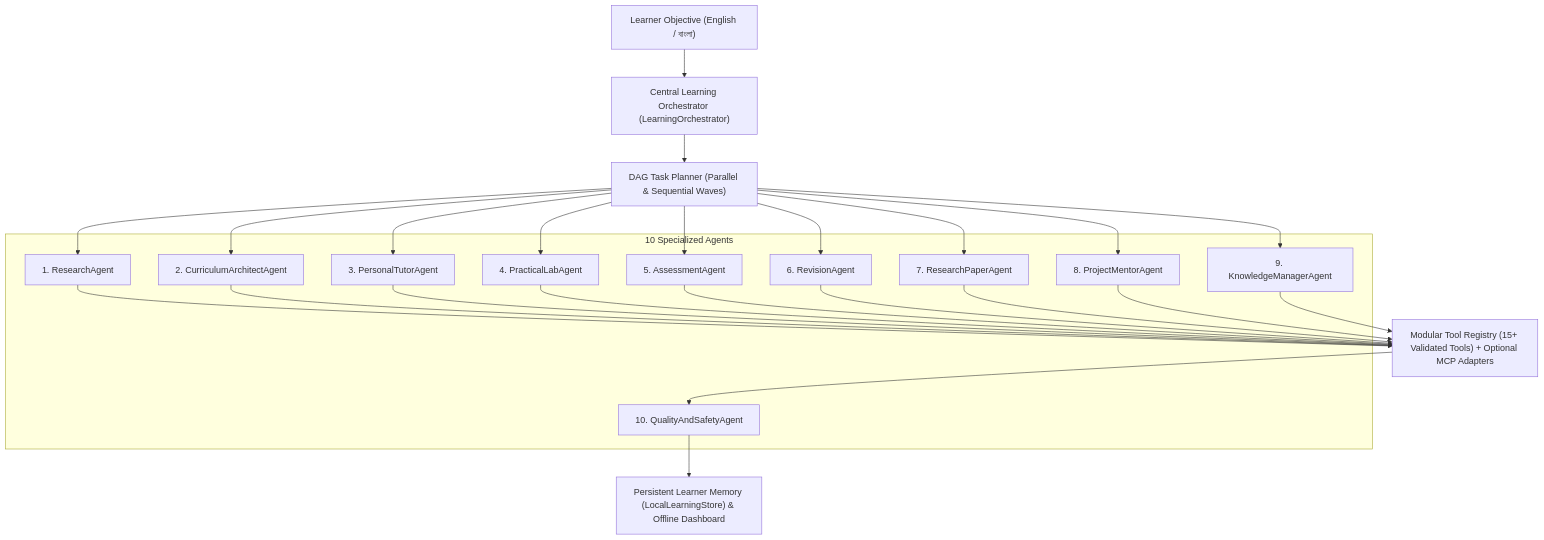
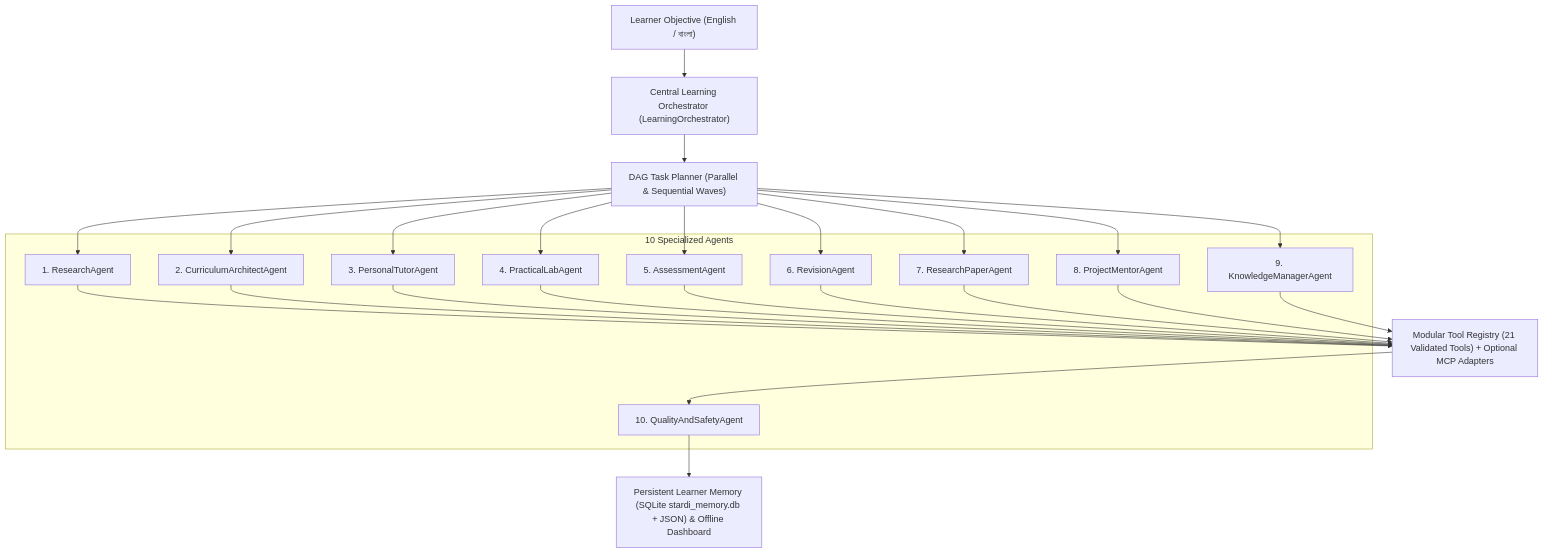
The diagram in README.md (emon404x/agentic-learning-os), drawn with Mermaid before and after one commit. The commit also changed other lines of this file and 18 other files, not shown here.

````diff
--- a/README.md
+++ b/README.md
@@ -26,23 +26,23 @@
 ```mermaid
 flowchart TD
     User["Learner Objective (English / বাংলা)"] --> Orch["Central Learning Orchestrator (LearningOrchestrator)"]
     Orch --> Plan["DAG Task Planner (Parallel & Sequential Waves)"]
 
     subgraph Agents ["10 Specialized Agents"]
         A1["1. ResearchAgent"]
         A2["2. CurriculumArchitectAgent"]
         A3["3. PersonalTutorAgent"]
         A4["4. PracticalLabAgent"]
         A5["5. AssessmentAgent"]
         A6["6. RevisionAgent"]
         A7["7. ResearchPaperAgent"]
         A8["8. ProjectMentorAgent"]
         A9["9. KnowledgeManagerAgent"]
         A10["10. QualityAndSafetyAgent"]
     end
 
     Plan --> A1 & A2 & A3 & A4 & A5 & A6 & A7 & A8 & A9
-    A1 & A2 & A3 & A4 & A5 & A6 & A7 & A8 & A9 --> Tools["Modular Tool Registry (15+ Validated Tools) + Optional MCP Adapters"]
+    A1 & A2 & A3 & A4 & A5 & A6 & A7 & A8 & A9 --> Tools["Modular Tool Registry (21 Validated Tools) + Optional MCP Adapters"]
     Tools --> A10
-    A10 --> Store["Persistent Learner Memory (LocalLearningStore) & Offline Dashboard"]
+    A10 --> Store["Persistent Learner Memory (SQLite stardi_memory.db + JSON) & Offline Dashboard"]
 ```
````
